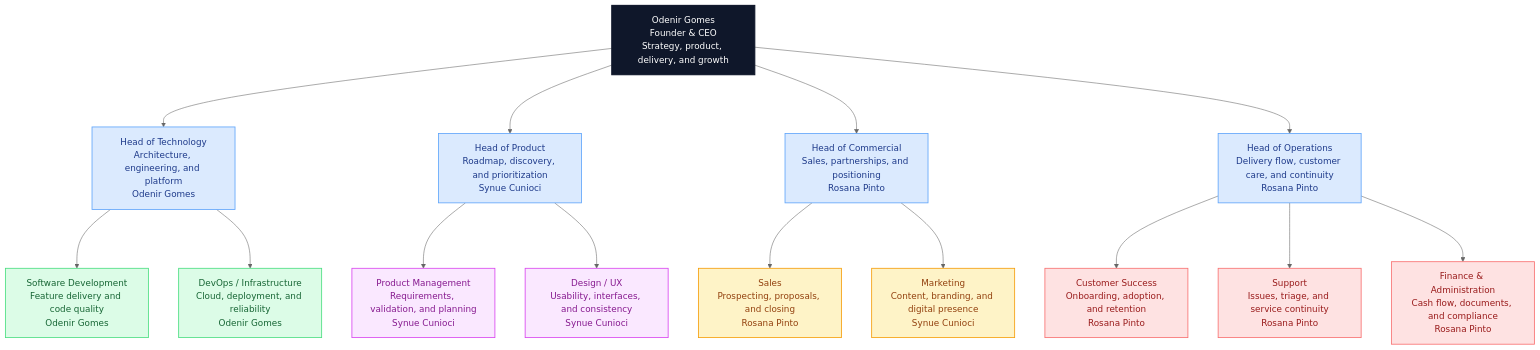
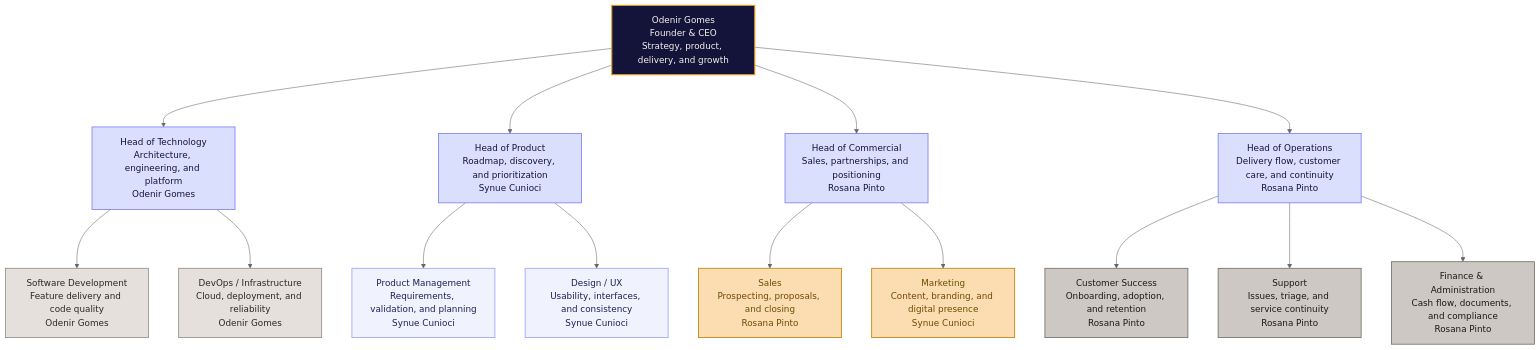
Before and after one commit to ogs-tech/.github: the diagram in profile/about/README.md, drawn with Mermaid (neutral theme). The commit also changed other lines of this file and 20 other files, not shown here.

````diff
--- a/profile/about/README.md
+++ b/profile/about/README.md
@@ -54,38 +56,38 @@
 ```mermaid
 %%{init: {"flowchart": {"nodeSpacing": 55, "rankSpacing": 95, "diagramPadding": 28, "useMaxWidth": true}}}%%
 flowchart TB
 
     CEO["Odenir Gomes<br/>Founder & CEO<br/>Strategy, product, delivery, and growth"]
 
     CEO --> TECH["Head of Technology<br/>Architecture, engineering, and platform<br/>Odenir Gomes"]
     CEO --> PRODUCT["Head of Product<br/>Roadmap, discovery, and prioritization<br/>Synue Cunioci"]
     CEO --> BUSINESS["Head of Commercial<br/>Sales, partnerships, and positioning<br/>Rosana Pinto"]
     CEO --> OPS["Head of Operations<br/>Delivery flow, customer care, and continuity<br/>Rosana Pinto"]
 
     TECH --> SDE["Software Development<br/>Feature delivery and code quality<br/>Odenir Gomes"]
     TECH --> DEVOPS["DevOps / Infrastructure<br/>Cloud, deployment, and reliability<br/>Odenir Gomes"]
 
     PRODUCT --> PM["Product Management<br/>Requirements, validation, and planning<br/>Synue Cunioci"]
     PRODUCT --> DESIGN["Design / UX<br/>Usability, interfaces, and consistency<br/>Synue Cunioci"]
 
     BUSINESS --> SALES["Sales<br/>Prospecting, proposals, and closing<br/>Rosana Pinto"]
     BUSINESS --> MKT["Marketing<br/>Content, branding, and digital presence<br/>Synue Cunioci"]
 
     OPS --> CS["Customer Success<br/>Onboarding, adoption, and retention<br/>Rosana Pinto"]
     OPS --> SUPPORT["Support<br/>Issues, triage, and service continuity<br/>Rosana Pinto"]
     OPS --> FIN["Finance & Administration<br/>Cash flow, documents, and compliance<br/>Rosana Pinto"]
 
-    classDef founder fill:#0f172a,color:#ffffff,stroke:#0f172a,stroke-width:2px;
-    classDef heads fill:#dbeafe,color:#1e3a8a,stroke:#60a5fa,stroke-width:1.5px;
-    classDef tech fill:#dcfce7,color:#166534,stroke:#4ade80,stroke-width:1.5px;
-    classDef product fill:#fae8ff,color:#86198f,stroke:#d946ef,stroke-width:1.5px;
-    classDef growth fill:#fef3c7,color:#92400e,stroke:#f59e0b,stroke-width:1.5px;
-    classDef ops fill:#fee2e2,color:#991b1b,stroke:#f87171,stroke-width:1.5px;
+    classDef founder fill:#14133A,color:#F6F2ED,stroke:#E39C19,stroke-width:2px;
+    classDef heads fill:#DBDFFE,color:#14133A,stroke:#7C81F0,stroke-width:1.5px;
+    classDef tech fill:#E5E0DB,color:#2B2722,stroke:#948E88,stroke-width:1.5px;
+    classDef product fill:#F0F2FE,color:#201F53,stroke:#9CA4F9,stroke-width:1.5px;
+    classDef growth fill:#FCDCB1,color:#704A02,stroke:#BF8107,stroke-width:1.5px;
+    classDef ops fill:#CDC8C3,color:#1C1915,stroke:#756F68,stroke-width:1.5px;
 
     class CEO founder;
     class TECH,PRODUCT,BUSINESS,OPS heads;
     class SDE,DEVOPS tech;
     class PM,DESIGN product;
     class SALES,MKT growth;
     class CS,SUPPORT,FIN ops;
 ```
````
